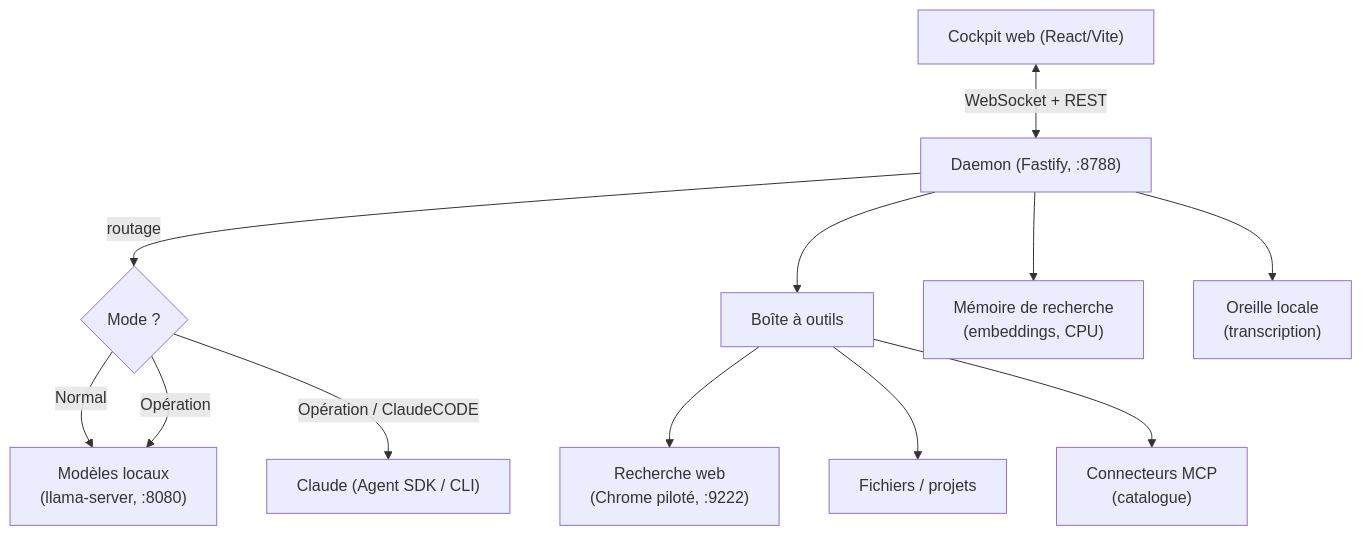
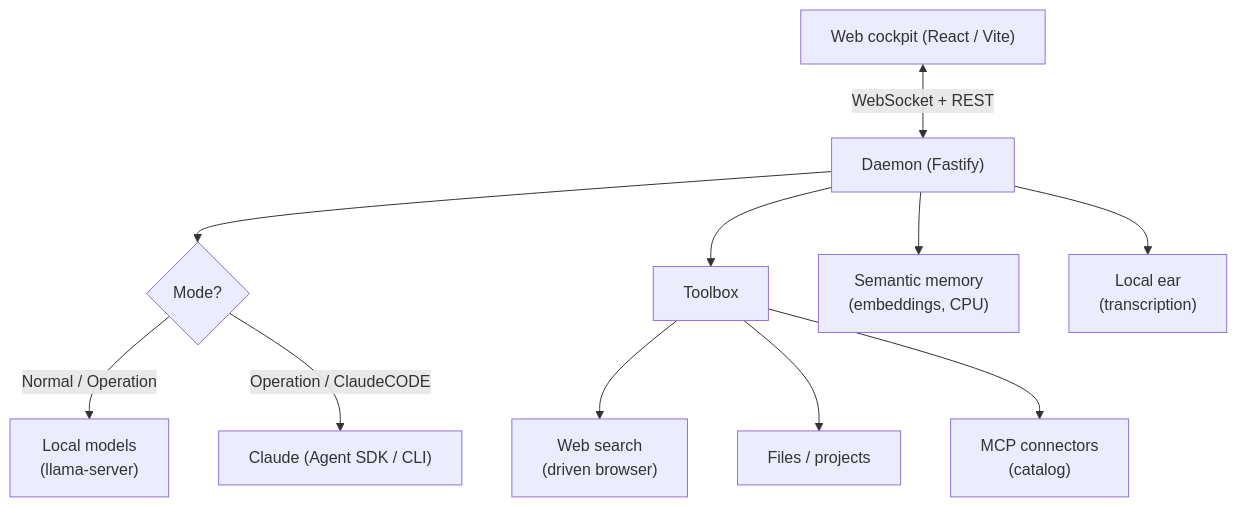
The diagram in README.md (boowlder/boow-control), drawn with Mermaid before and after one commit. The commit also changed other lines of this file and 5 other files, not shown here.

````diff
--- a/README.md
+++ b/README.md
@@ -33,14 +57,13 @@
 ```mermaid
 flowchart TD
-    UI["Cockpit web (React/Vite)"] <-->|WebSocket + REST| D["Daemon (Fastify, :8788)"]
-    D -->|routage| R{"Mode ?"}
-    R -->|Normal| L["Modèles locaux<br/>(llama-server, :8080)"]
-    R -->|Opération| L
-    R -->|Opération / ClaudeCODE| C["Claude (Agent SDK / CLI)"]
-    D --> T["Boîte à outils"]
-    T --> W["Recherche web<br/>(Chrome piloté, :9222)"]
-    T --> F["Fichiers / projets"]
-    T --> M["Connecteurs MCP<br/>(catalogue)"]
-    D --> MEM["Mémoire de recherche<br/>(embeddings, CPU)"]
-    D --> EAR["Oreille locale<br/>(transcription)"]
+    UI["Web cockpit (React / Vite)"] <-->|WebSocket + REST| D["Daemon (Fastify)"]
+    D --> R{"Mode?"}
+    R -->|Normal / Operation| L["Local models<br/>(llama-server)"]
+    R -->|Operation / ClaudeCODE| C["Claude (Agent SDK / CLI)"]
+    D --> T["Toolbox"]
+    T --> W["Web search<br/>(driven browser)"]
+    T --> F["Files / projects"]
+    T --> M["MCP connectors<br/>(catalog)"]
+    D --> MEM["Semantic memory<br/>(embeddings, CPU)"]
+    D --> EAR["Local ear<br/>(transcription)"]
 ```
````
